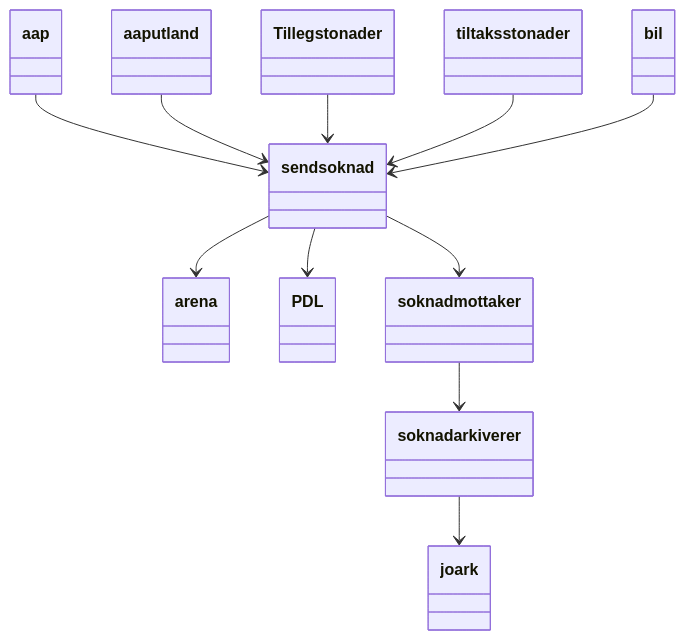
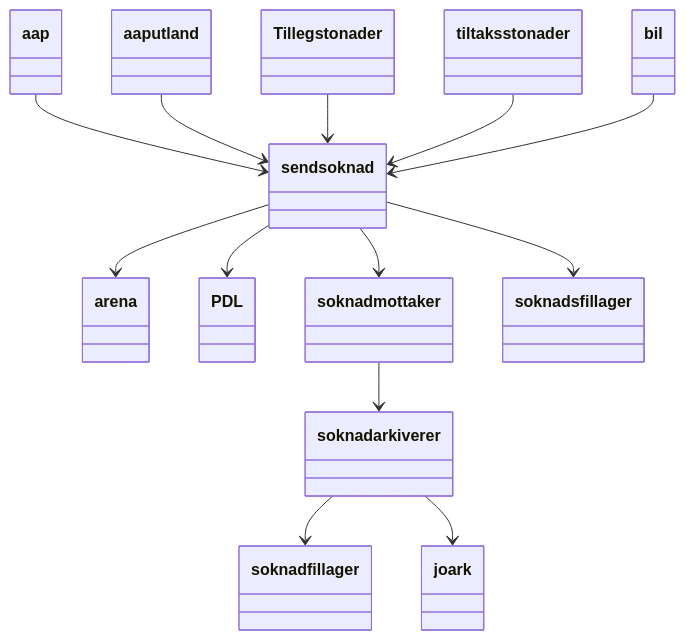
One commit to navikt/sendsoknad-boot changed the second of 2 diagrams in docs/Arkitektur.md. Above: the diagram before and after it, drawn with Mermaid.

Commit message:
Lagt til manglende fillager

````diff
--- a/docs/Arkitektur.md
+++ b/docs/Arkitektur.md
@@ -25,13 +25,15 @@
 ```mermaid
 classDiagram
     aap --> sendsoknad
     aaputland --> sendsoknad
     Tillegstonader --> sendsoknad
     tiltaksstonader --> sendsoknad
     bil --> sendsoknad
     sendsoknad --> arena
     sendsoknad --> PDL
     sendsoknad --> soknadmottaker
+    sendsoknad -->soknadsfillager
     soknadmottaker --> soknadarkiverer
+    soknadarkiverer --> soknadfillager
     soknadarkiverer --> joark
 ```
````
